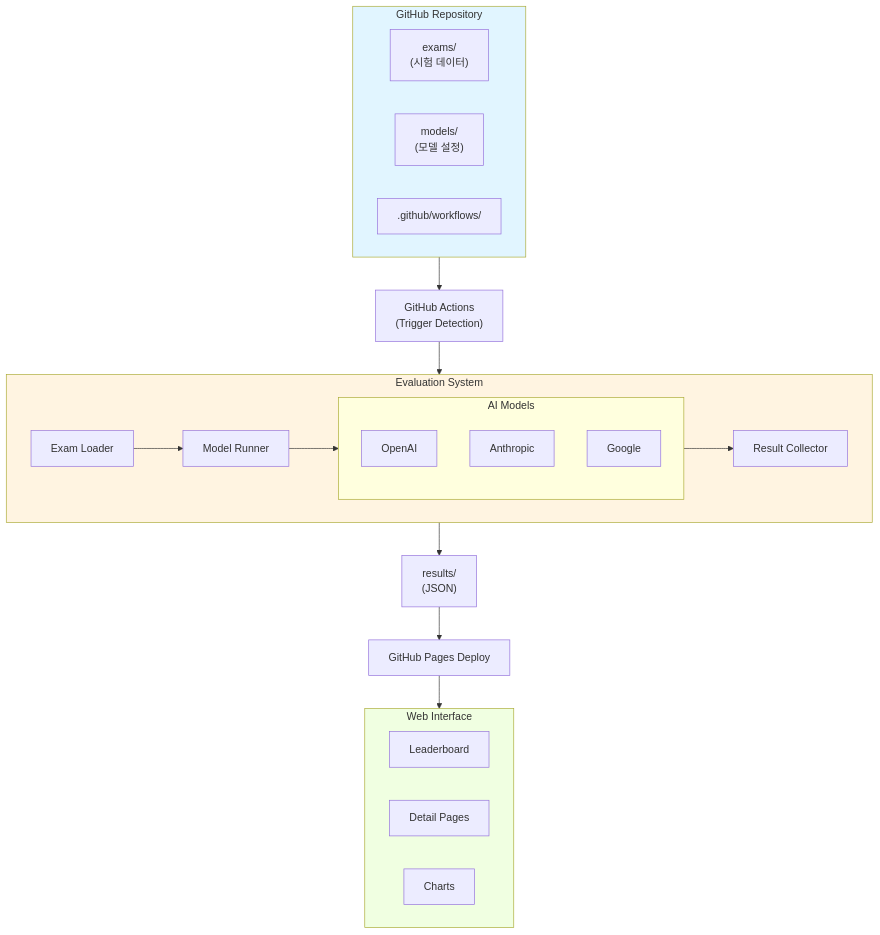
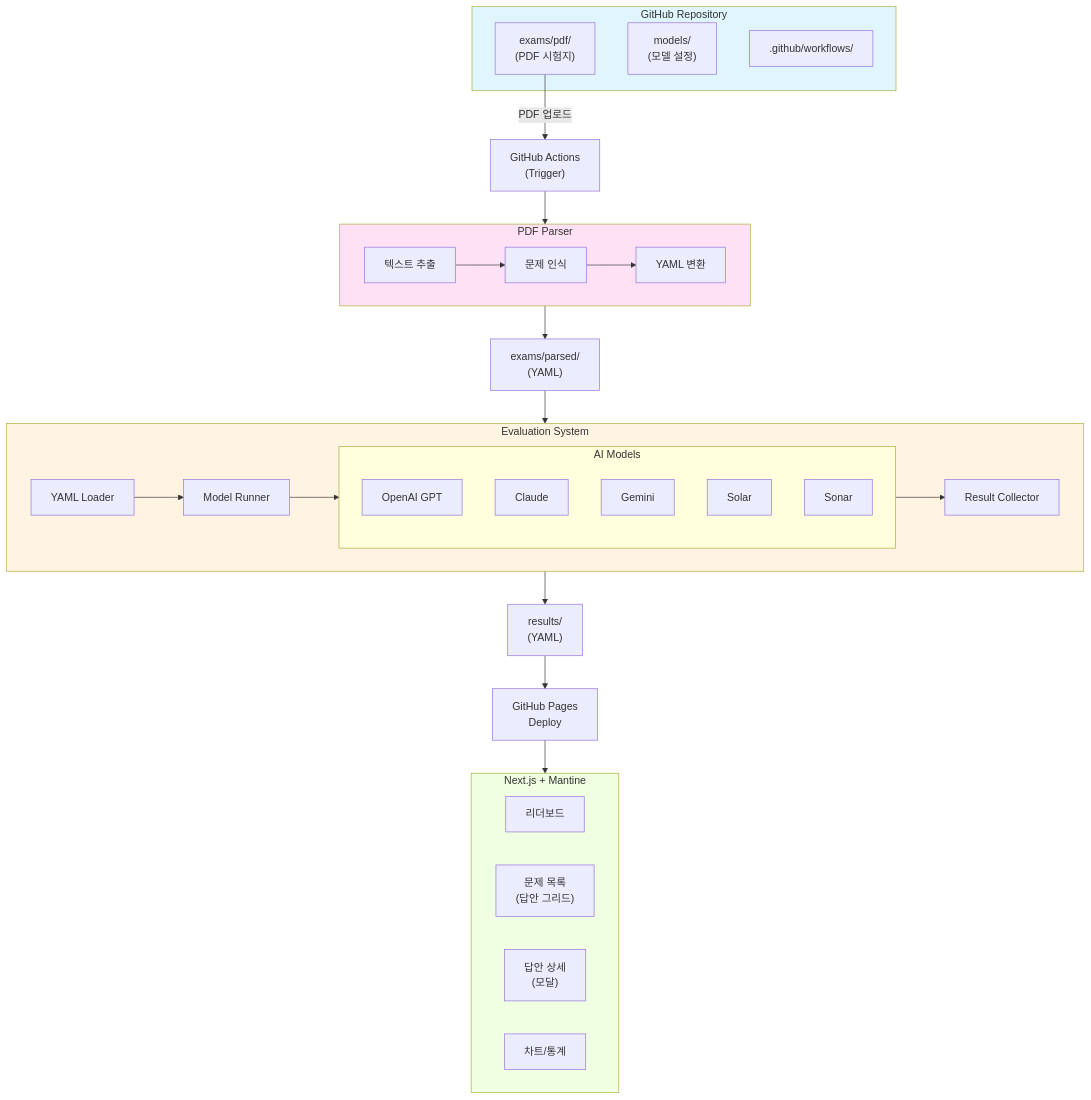
The first of 16 diagrams in docs/ARCHITECTURE.md (roboco-io/KSAT-AI-Benchmark), drawn with Mermaid before and after one commit. The commit also changed other lines of this file and 1 other file, not shown here.

Commit message:
docs: PRD 및 ARCHITECTURE 업데이트 - PDF 파싱, YAML 형식, Next.js+Mantine 반영

````diff
--- a/docs/ARCHITECTURE.md
+++ b/docs/ARCHITECTURE.md
@@ -7,41 +7,57 @@
 ```mermaid
 flowchart TD
     subgraph repo["GitHub Repository"]
-        exams["exams/<br/>(시험 데이터)"]
+        pdf["exams/pdf/<br/>(PDF 시험지)"]
         models["models/<br/>(모델 설정)"]
         workflows[".github/workflows/"]
     end
     
-    repo --> actions["GitHub Actions<br/>(Trigger Detection)"]
+    pdf -->|"PDF 업로드"| actions["GitHub Actions<br/>(Trigger)"]
+    
+    subgraph parser["PDF Parser"]
+        extract["텍스트 추출"]
+        recognize["문제 인식"]
+        convert["YAML 변환"]
+        
+        extract --> recognize
+        recognize --> convert
+    end
+    
+    actions --> parser
+    parser --> parsed["exams/parsed/<br/>(YAML)"]
     
     subgraph eval["Evaluation System"]
-        loader["Exam Loader"]
+        loader["YAML Loader"]
         runner["Model Runner"]
         subgraph apis["AI Models"]
-            openai["OpenAI"]
-            anthropic["Anthropic"]
-            google["Google"]
+            openai["OpenAI GPT"]
+            anthropic["Claude"]
+            google["Gemini"]
+            upstage["Solar"]
+            perplexity["Sonar"]
         end
         collector["Result Collector"]
         
         loader --> runner
         runner --> apis
         apis --> collector
     end
     
-    actions --> eval
-    eval --> results["results/<br/>(JSON)"]
-    results --> deploy["GitHub Pages Deploy"]
+    parsed --> eval
+    eval --> results["results/<br/>(YAML)"]
+    results --> deploy["GitHub Pages<br/>Deploy"]
     
-    subgraph web["Web Interface"]
-        leaderboard["Leaderboard"]
-        details["Detail Pages"]
-        charts["Charts"]
+    subgraph web["Next.js + Mantine"]
+        leaderboard["리더보드"]
+        questions["문제 목록<br/>(답안 그리드)"]
+        modal["답안 상세<br/>(모달)"]
+        charts["차트/통계"]
     end
     
     deploy --> web
     
     style repo fill:#e1f5ff
+    style parser fill:#ffe1f5
     style eval fill:#fff4e1
     style web fill:#f0ffe1
 ```
````
